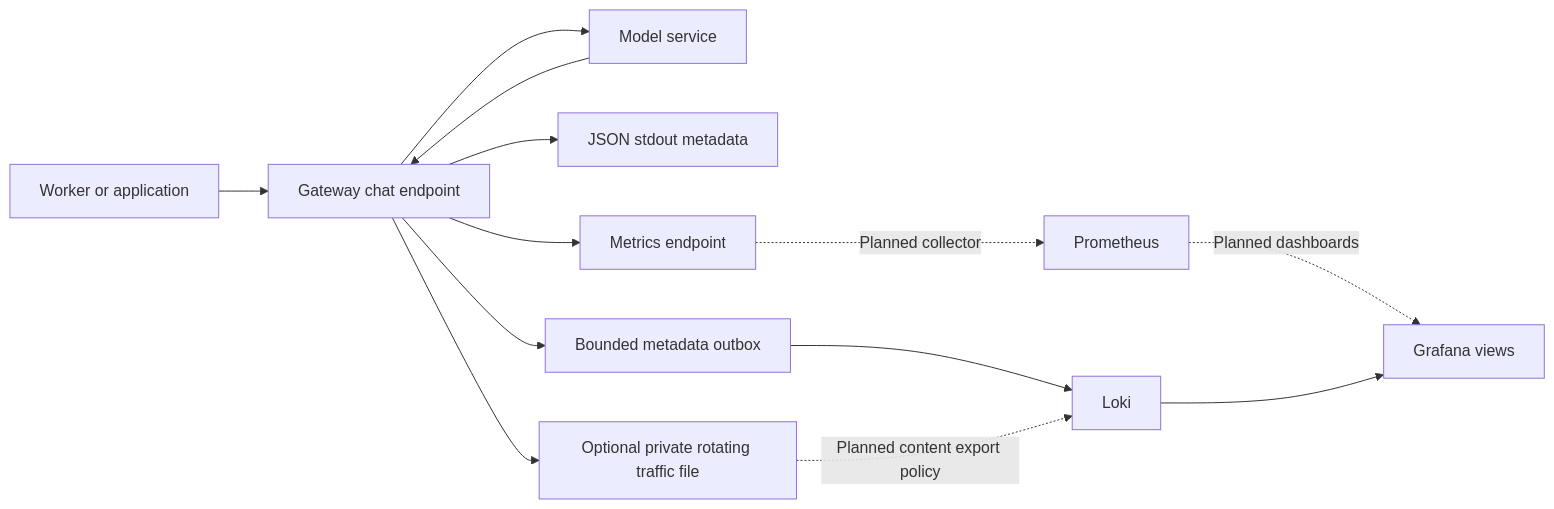
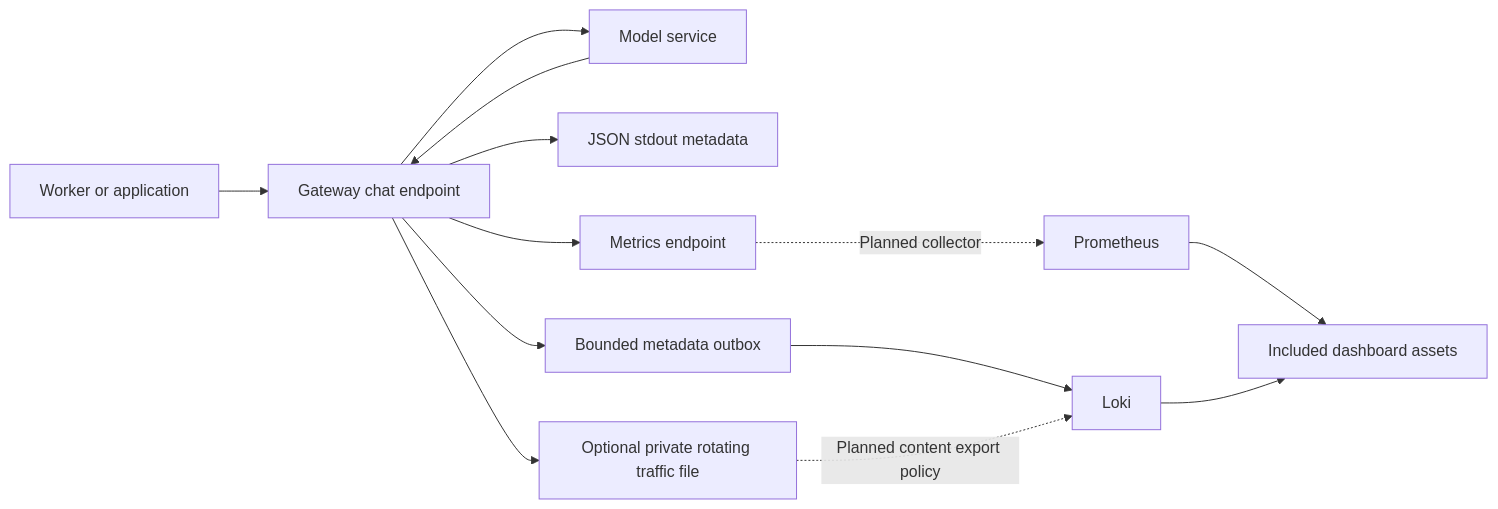
Before and after one commit to m87techlabs/m87-ai-gateway: the diagram in docs/observability.md, drawn with Mermaid. The commit also changed other lines of this file and 32 other files, not shown here.

````diff
--- a/docs/observability.md
+++ b/docs/observability.md
@@ -117,15 +117,15 @@
 ```mermaid
 flowchart LR
     App[Worker or application] --> Gateway[Gateway chat endpoint]
     Gateway --> Provider[Model service]
     Provider --> Gateway
     Gateway --> Metadata[JSON stdout metadata]
     Gateway --> Private[Optional private rotating traffic file]
     Gateway --> Metrics[Metrics endpoint]
     Metrics -. Planned collector .-> Prometheus[Prometheus]
     Gateway --> Outbox[Bounded metadata outbox]
     Outbox --> Loki[Loki]
     Private -. Planned content export policy .-> Loki
-    Prometheus -. Planned dashboards .-> Grafana[Grafana views]
+    Prometheus --> Grafana[Included dashboard assets]
     Loki --> Grafana
 ```
````
